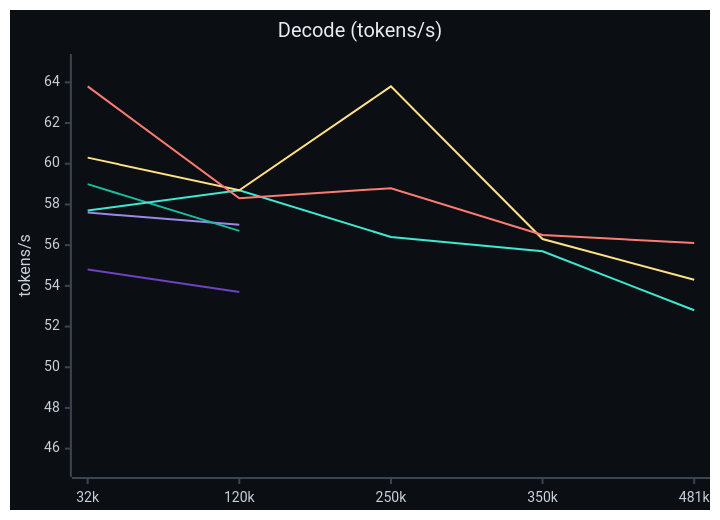
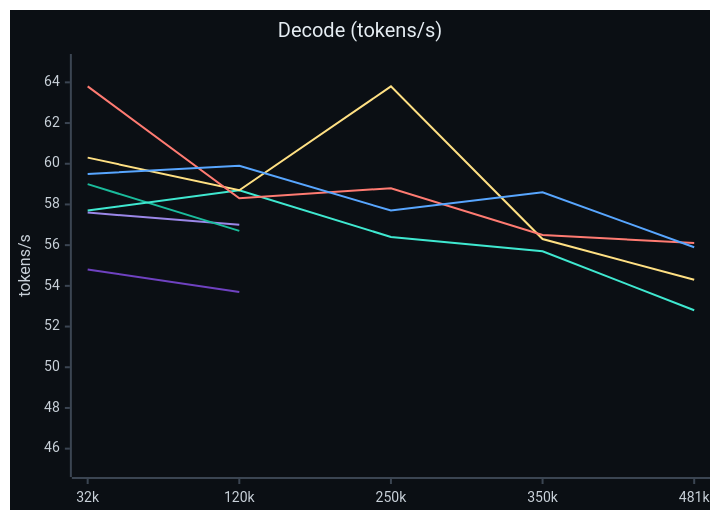
One commit to shawnshekari/strixite changed the second of 2 diagrams in README.md. Above: the diagram before and after it, drawn with Mermaid. The commit also changed other lines of this file, not shown here.

````diff
--- a/README.md
+++ b/README.md
@@ -45,13 +47,14 @@
 ```mermaid
-%%{init: {"theme": "base", "themeVariables": {"xyChart": {"backgroundColor": "#0b0f14", "titleColor": "#e6edf3", "xAxisLabelColor": "#c9d1d9", "yAxisLabelColor": "#c9d1d9", "xAxisTitleColor": "#c9d1d9", "yAxisTitleColor": "#c9d1d9", "xAxisLineColor": "#3b4552", "yAxisLineColor": "#3b4552", "xAxisTickColor": "#3b4552", "yAxisTickColor": "#3b4552", "plotColorPalette": "#6f42c1, #9b87e8, #1abc9c, #3fe8d0, #ffe083, #ff7b72"}}}}%%
+%%{init: {"theme": "base", "themeVariables": {"xyChart": {"backgroundColor": "#0b0f14", "titleColor": "#e6edf3", "xAxisLabelColor": "#c9d1d9", "yAxisLabelColor": "#c9d1d9", "xAxisTitleColor": "#c9d1d9", "yAxisTitleColor": "#c9d1d9", "xAxisLineColor": "#3b4552", "yAxisLineColor": "#3b4552", "xAxisTickColor": "#3b4552", "yAxisTickColor": "#3b4552", "plotColorPalette": "#6f42c1, #9b87e8, #1abc9c, #3fe8d0, #ffe083, #ff7b72, #58a6ff"}}}}%%
 xychart-beta
     title "Decode (tokens/s)"
     x-axis ["32k", "120k", "250k", "350k", "481k"]
     y-axis "tokens/s" 45 --> 65
     line [54.8, 53.7]
     line [57.6, 57.0]
     line [59.0, 56.7]
     line [57.7, 58.7, 56.4, 55.7, 52.8]
     line [60.3, 58.7, 63.8, 56.3, 54.3]
     line [63.8, 58.3, 58.8, 56.5, 56.1]
+    line [59.5, 59.9, 57.7, 58.6, 55.9]
 ```
````
